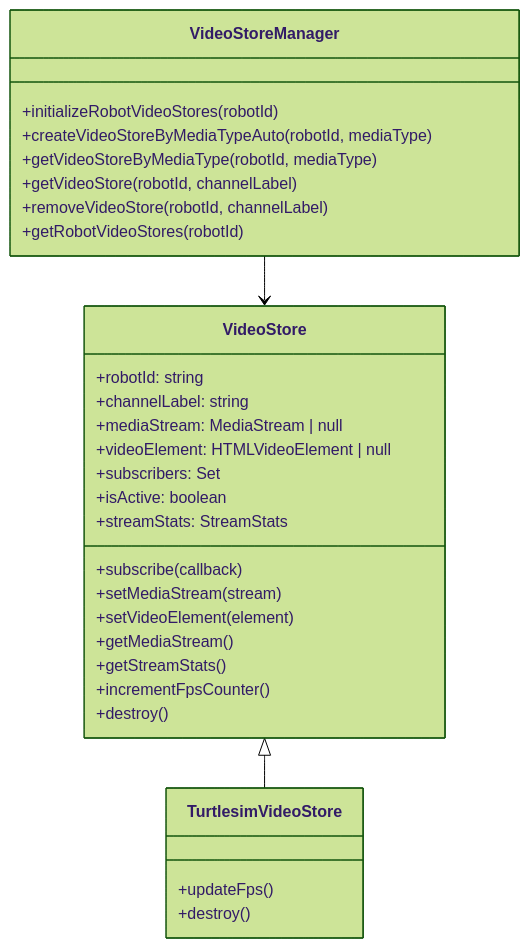
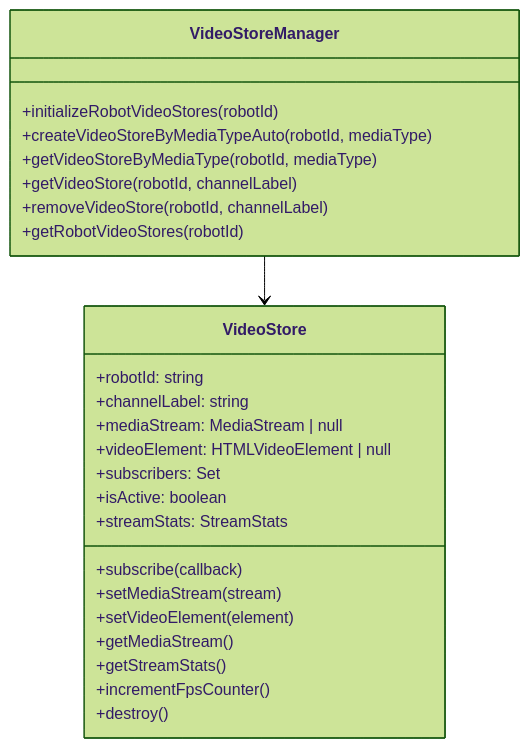
The first of 3 diagrams in docs/MEDIASTREAM.md (ACSL-MOSAIC/MOSAIC-Server), drawn with Mermaid (forest theme) before and after one commit. The commit also changed other lines of this file and 28 other files, not shown here.

````diff
--- a/docs/MEDIASTREAM.md
+++ b/docs/MEDIASTREAM.md
@@ -18,33 +18,28 @@
 ```mermaid
 classDiagram
     class VideoStore {
         +robotId: string
         +channelLabel: string
         +mediaStream: MediaStream | null
         +videoElement: HTMLVideoElement | null
         +subscribers: Set<VideoSubscriber>
         +isActive: boolean
         +streamStats: StreamStats
         +subscribe(callback)
         +setMediaStream(stream)
         +setVideoElement(element)
         +getMediaStream()
         +getStreamStats()
         +incrementFpsCounter()
         +destroy()
     }
-    class TurtlesimVideoStore {
-        +updateFps()
-        +destroy()
-    }
     class VideoStoreManager {
         +initializeRobotVideoStores(robotId)
         +createVideoStoreByMediaTypeAuto(robotId, mediaType)
         +getVideoStoreByMediaType(robotId, mediaType)
         +getVideoStore(robotId, channelLabel)
         +removeVideoStore(robotId, channelLabel)
         +getRobotVideoStores(robotId)
     }
-    VideoStore <|-- TurtlesimVideoStore
     VideoStoreManager --> VideoStore
 ```
````
